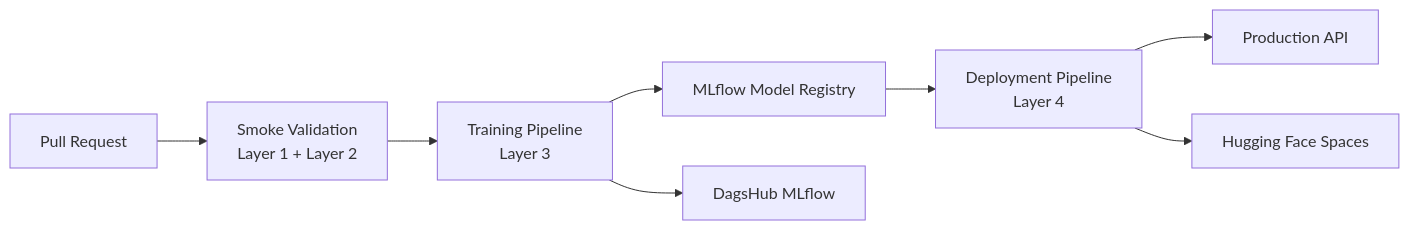
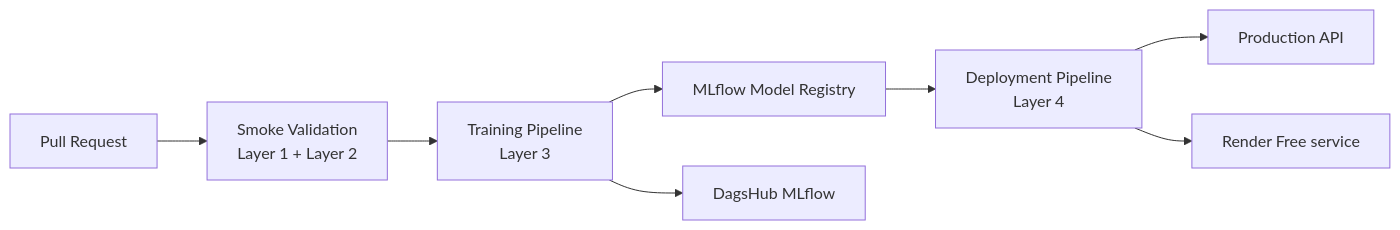
The diagram in README.md (daytona675r/atlas-ai-platform), drawn with Mermaid before and after one commit. The commit also changed other lines of this file and 5 other files, not shown here.

````diff
--- a/README.md
+++ b/README.md
@@ -42,24 +42,24 @@
 ```mermaid
 flowchart LR
 
 PR[Pull Request]
 --> Smoke[Smoke Validation<br/>Layer 1 + Layer 2]
 
 Smoke
 --> Train[Training Pipeline<br/>Layer 3]
 
 Train
 --> Registry[MLflow Model Registry]
 
 Registry
 --> Deploy[Deployment Pipeline<br/>Layer 4]
 
 Deploy
 --> Production[Production API]
 
 Train
 --> Metrics[DagsHub MLflow]
 
 Deploy
---> HF[Hugging Face Spaces]
+--> Render[Render Free service]
 ```
````
